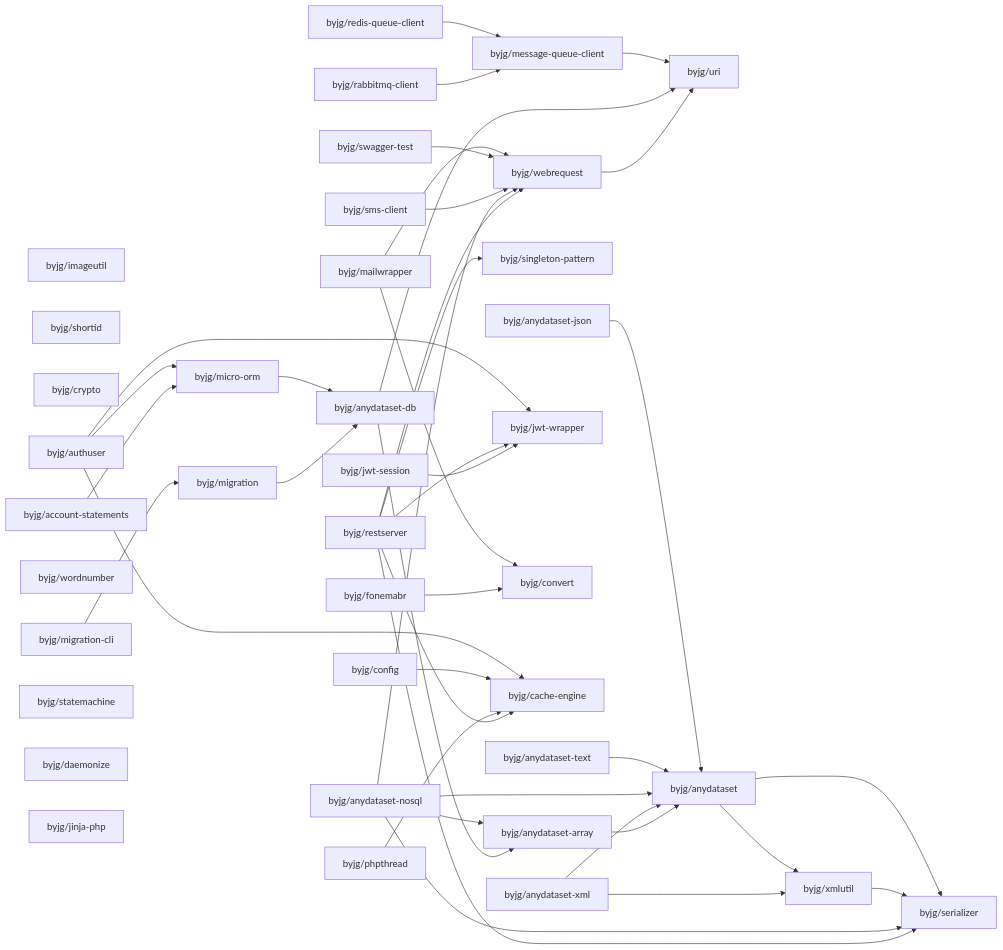
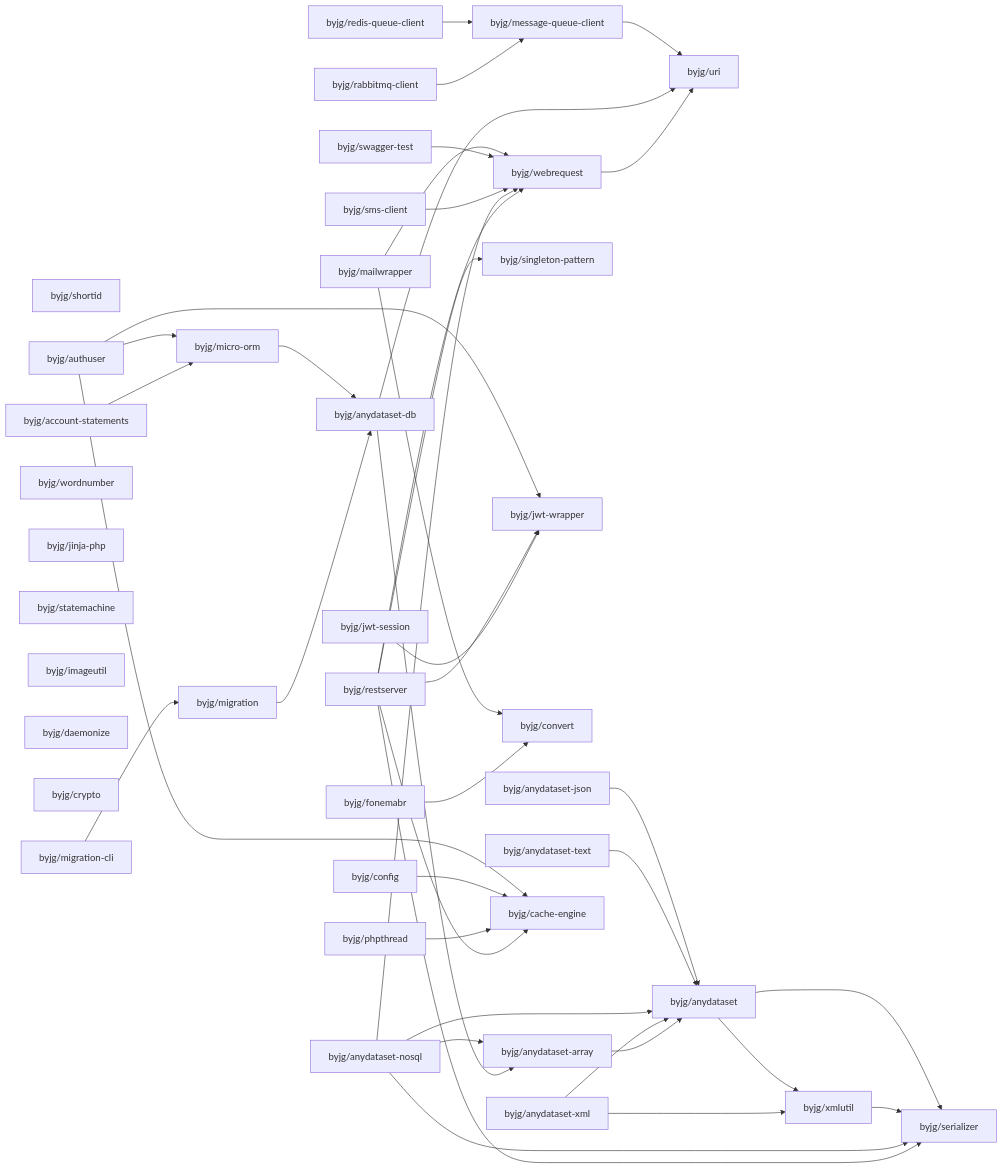
The diagram in docs/php/README.md (byjg/byjg.github.io), drawn with Mermaid before and after one commit. The commit also changed other lines of this file, not shown here.

Commit message:
Update documentation 'php' 'php-anydataset'

````diff
--- a/docs/php/README.md
+++ b/docs/php/README.md
@@ -3,79 +3,79 @@
 ```mermaid
 graph LR;
   byjg/fonemabr;
+  byjg/rabbitmq-client;
+  byjg/anydataset-json;
   byjg/jwt-session;
+  byjg/shortid;
+  byjg/authuser;
+  byjg/anydataset-xml;
+  byjg/account-statements;
+  byjg/anydataset-nosql;
+  byjg/wordnumber;
+  byjg/restserver;
+  byjg/swagger-test;
+  byjg/mailwrapper;
+  byjg/anydataset-text;
+  byjg/jinja-php;
+  byjg/statemachine;
+  byjg/config;
   byjg/imageutil;
+  byjg/sms-client;
   byjg/redis-queue-client;
-  byjg/anydataset-xml;
-  byjg/sms-client;
-  byjg/shortid;
-  byjg/anydataset-text;
-  byjg/restserver;
+  byjg/daemonize;
   byjg/crypto;
-  byjg/rabbitmq-client;
-  byjg/authuser;
   byjg/phpthread;
   byjg/migration-cli;
-  byjg/wordnumber;
-  byjg/mailwrapper;
-  byjg/anydataset-json;
-  byjg/account-statements;
-  byjg/config;
-  byjg/swagger-test;
-  byjg/statemachine;
-  byjg/daemonize;
-  byjg/anydataset-nosql;
-  byjg/jinja-php;
+  byjg/micro-orm;
   byjg/singleton-pattern;
+  byjg/jwt-wrapper;
+  byjg/convert;
+  byjg/webrequest;
   byjg/message-queue-client;
-  byjg/jwt-wrapper;
+  byjg/cache-engine;
   byjg/migration;
-  byjg/convert;
-  byjg/micro-orm;
-  byjg/cache-engine;
-  byjg/webrequest;
   byjg/anydataset-db;
   byjg/anydataset-array;
   byjg/uri;
   byjg/anydataset;
   byjg/xmlutil;
   byjg/serializer;
   byjg/account-statements --> byjg/micro-orm;
   byjg/fonemabr --> byjg/convert;
   byjg/webrequest --> byjg/uri;
   byjg/anydataset-array --> byjg/anydataset;
   byjg/anydataset-xml --> byjg/anydataset;
   byjg/anydataset-xml --> byjg/xmlutil;
   byjg/rabbitmq-client --> byjg/message-queue-client;
   byjg/redis-queue-client --> byjg/message-queue-client;
   byjg/jwt-session --> byjg/jwt-wrapper;
   byjg/anydataset-db --> byjg/anydataset-array;
   byjg/anydataset-db --> byjg/uri;
   byjg/restserver --> byjg/serializer;
   byjg/restserver --> byjg/singleton-pattern;
   byjg/restserver --> byjg/cache-engine;
   byjg/restserver --> byjg/webrequest;
   byjg/restserver --> byjg/jwt-wrapper;
   byjg/migration --> byjg/anydataset-db;
   byjg/anydataset-nosql --> byjg/anydataset;
   byjg/anydataset-nosql --> byjg/anydataset-array;
   byjg/anydataset-nosql --> byjg/serializer;
   byjg/anydataset-nosql --> byjg/webrequest;
   byjg/phpthread --> byjg/cache-engine;
   byjg/sms-client --> byjg/webrequest;
   byjg/swagger-test --> byjg/webrequest;
   byjg/migration-cli --> byjg/migration;
   byjg/config --> byjg/cache-engine;
   byjg/anydataset-text --> byjg/anydataset;
   byjg/micro-orm --> byjg/anydataset-db;
   byjg/authuser --> byjg/micro-orm;
   byjg/authuser --> byjg/cache-engine;
   byjg/authuser --> byjg/jwt-wrapper;
   byjg/anydataset-json --> byjg/anydataset;
   byjg/mailwrapper --> byjg/convert;
   byjg/mailwrapper --> byjg/webrequest;
   byjg/xmlutil --> byjg/serializer;
   byjg/anydataset --> byjg/serializer;
   byjg/anydataset --> byjg/xmlutil;
   byjg/message-queue-client --> byjg/uri;
 ```
````
